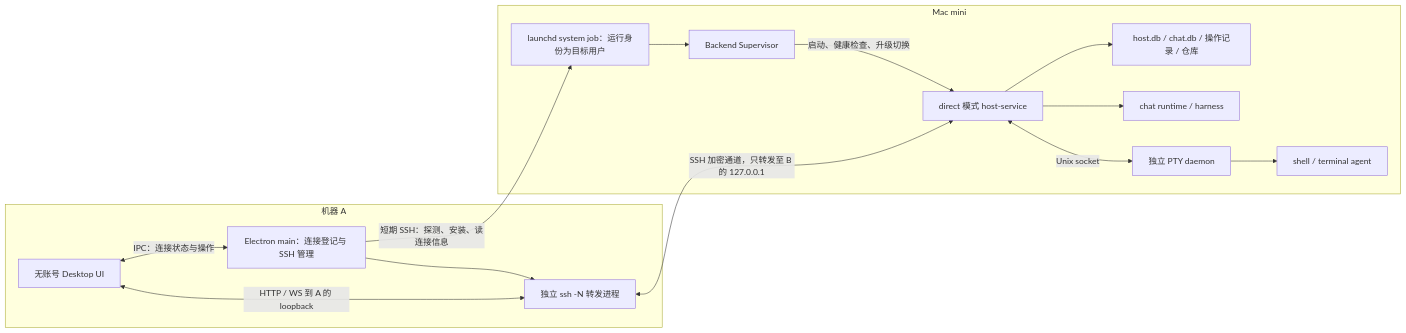
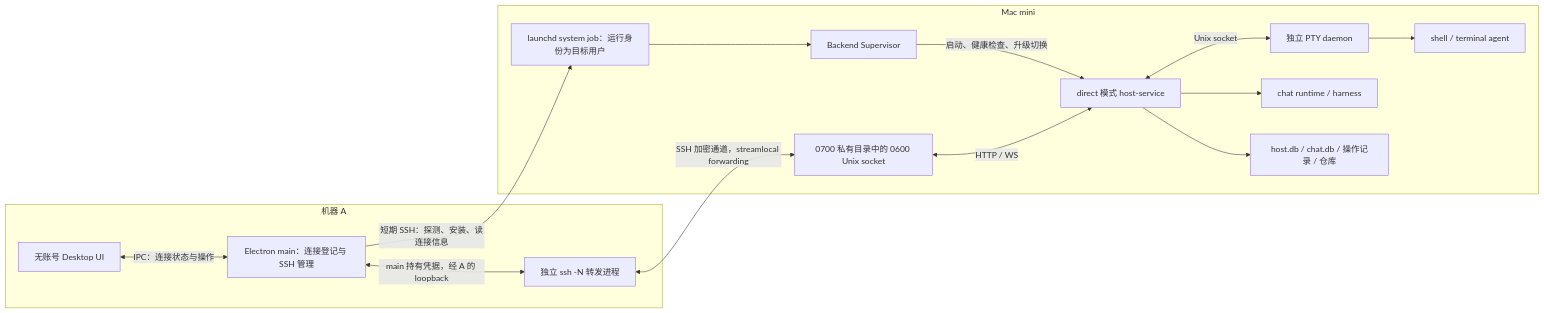
One commit to 4444zyf/superset changed the diagram in docs/design/ssh-direct-backend.md. Above: the diagram before and after it, drawn with Mermaid. The commit also changed other lines of this file and 132 other files, not shown here.

````diff
--- a/docs/design/ssh-direct-backend.md
+++ b/docs/design/ssh-direct-backend.md
@@ -40,28 +40,29 @@
 ```mermaid
 flowchart LR
   subgraph A["机器 A"]
     UI["无账号 Desktop UI"]
     Registry["Electron main：连接登记与 SSH 管理"]
     SSH["独立 ssh -N 转发进程"]
-    UI <-->|"HTTP / WS 到 A 的 loopback"| SSH
     UI <-->|"IPC：连接状态与操作"| Registry
-    Registry --> SSH
+    Registry <-->|"main 持有凭据，经 A 的 loopback"| SSH
   end
   subgraph B["Mac mini"]
     LD["launchd system job：运行身份为目标用户"]
     SUP["Backend Supervisor"]
     HS["direct 模式 host-service"]
+    Sock["0700 私有目录中的 0600 Unix socket"]
     PTY["独立 PTY daemon"]
     T["shell / terminal agent"]
     C["chat runtime / harness"]
     DB["host.db / chat.db / 操作记录 / 仓库"]
     LD --> SUP
     SUP -->|"启动、健康检查、升级切换"| HS
+    Sock <-->|"HTTP / WS"| HS
     HS <-->|"Unix socket"| PTY
     PTY --> T
     HS --> C
     HS --> DB
   end
-  SSH <-->|"SSH 加密通道，只转发至 B 的 127.0.0.1"| HS
+  SSH <-->|"SSH 加密通道，streamlocal forwarding"| Sock
   Registry -->|"短期 SSH：探测、安装、读连接信息"| LD
 ```
````
